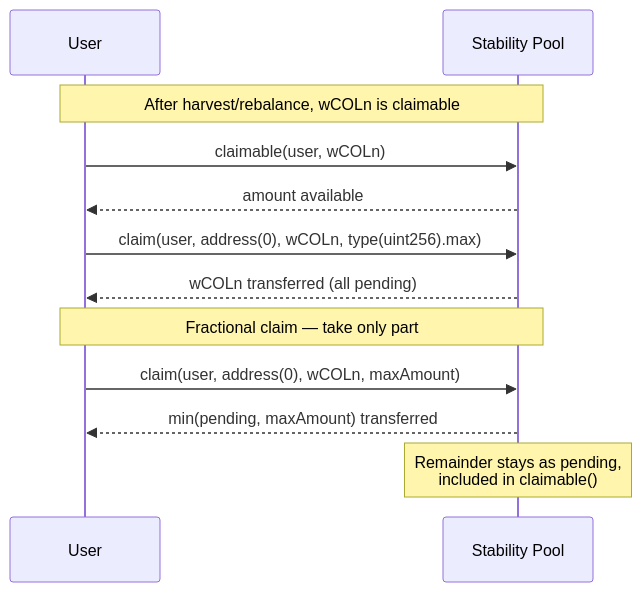
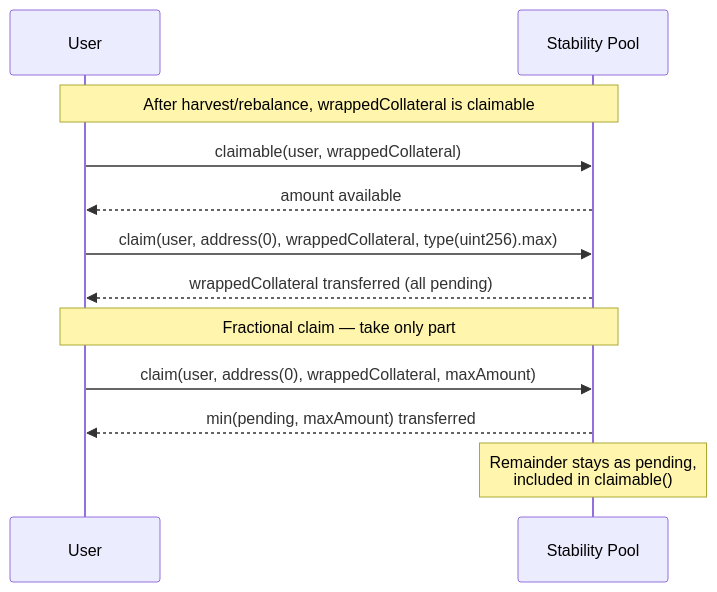
One commit to baofinance/harbor changed the third of 9 diagrams in doc/autocompounding-vault-design.md. Above: the diagram before and after it, drawn with Mermaid. The commit also changed other lines of this file and 6 other files, not shown here.

````diff
--- a/doc/autocompounding-vault-design.md
+++ b/doc/autocompounding-vault-design.md
@@ -89,18 +89,18 @@
 ```mermaid
 sequenceDiagram
     participant User
-    participant SP as Stability Pool
+    participant StabilityPool as Stability Pool
 
-    Note over User,SP: After harvest/rebalance, wCOLn is claimable
+    Note over User,StabilityPool: After harvest/rebalance, wrappedCollateral is claimable
 
-    User->>SP: claimable(user, wCOLn)
-    SP-->>User: amount available
-    User->>SP: claim(user, address(0), wCOLn, type(uint256).max)
-    SP-->>User: wCOLn transferred (all pending)
+    User->>StabilityPool: claimable(user, wrappedCollateral)
+    StabilityPool-->>User: amount available
+    User->>StabilityPool: claim(user, address(0), wrappedCollateral, type(uint256).max)
+    StabilityPool-->>User: wrappedCollateral transferred (all pending)
 
-    Note over User,SP: Fractional claim — take only part
+    Note over User,StabilityPool: Fractional claim — take only part
 
-    User->>SP: claim(user, address(0), wCOLn, maxAmount)
-    SP-->>User: min(pending, maxAmount) transferred
-    Note over SP: Remainder stays as pending,<br/>included in claimable()
+    User->>StabilityPool: claim(user, address(0), wrappedCollateral, maxAmount)
+    StabilityPool-->>User: min(pending, maxAmount) transferred
+    Note over StabilityPool: Remainder stays as pending,<br/>included in claimable()
 ```
````
